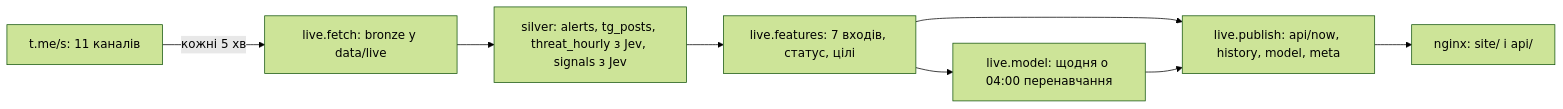
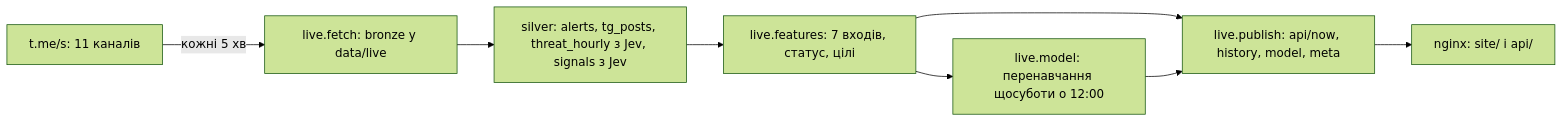
The second of 2 diagrams in docs/ARCHITECTURE.md (yegqr/kyianyn-routine), drawn with Mermaid (forest theme) before and after one commit. The commit also changed other lines of this file and 1 other file, not shown here.

Commit message:
Point the architecture and ADR-0012 at the weekly retrain and the new site name

````diff
--- a/docs/ARCHITECTURE.md
+++ b/docs/ARCHITECTURE.md
@@ -83,10 +83,10 @@
 ```mermaid
 flowchart LR
   T[t.me/s: 11 каналів] -->|кожні 5 хв| F[live.fetch: bronze у data/live]
   F --> S[silver: alerts, tg_posts, threat_hourly з Jev, signals з Jev]
   S --> X[live.features: 7 входів, статус, цілі]
-  X --> M[live.model: щодня о 04:00 перенавчання]
+  X --> M[live.model: перенавчання щосуботи о 12:00]
   X --> P[live.publish: api/now, history, model, meta]
   M --> P
   P --> W[nginx: site/ і api/]
 ```
````
